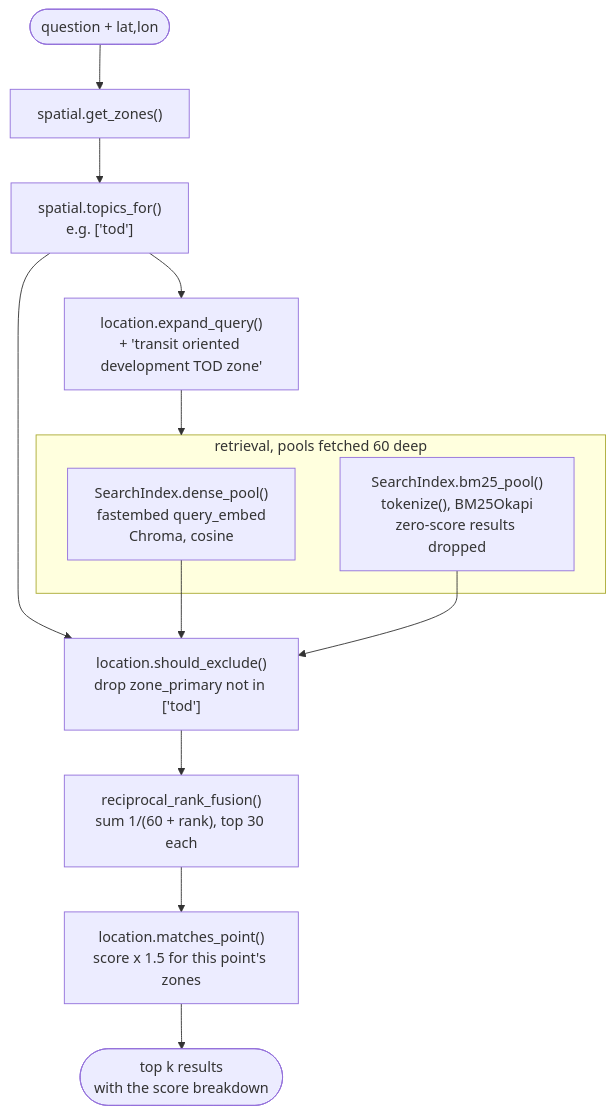
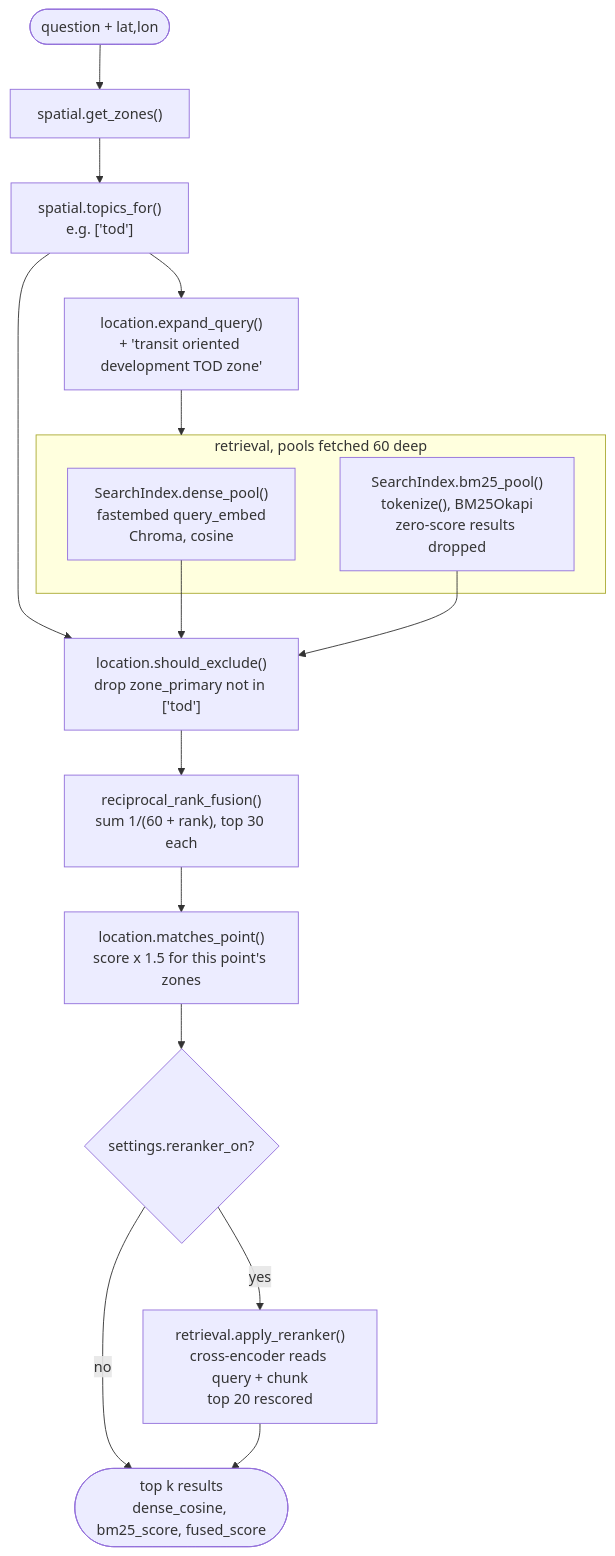
One commit to dhruv-ship-it/delhi-plan-rag changed the third of 7 diagrams in docs/ARCHITECTURE.md. Above: the diagram before and after it, drawn with Mermaid. The commit also changed other lines of this file and 5 other files, not shown here.

First line of the commit message:
night3-stage8: README, architecture, the v3 query report and the run report

````diff
--- a/docs/ARCHITECTURE.md
+++ b/docs/ARCHITECTURE.md
@@ -92,20 +132,23 @@
 ```mermaid
 flowchart TB
     Q(["question + lat,lon"]) --> ZONES["spatial.get_zones()"]
     ZONES --> TOPICS["spatial.topics_for()<br/>e.g. ['tod']"]
 
     TOPICS --> EXPAND["location.expand_query()<br/>+ 'transit oriented development TOD zone'"]
     EXPAND --> POOLS
 
     subgraph POOLS["retrieval, pools fetched 60 deep"]
         DP["SearchIndex.dense_pool()<br/>fastembed query_embed<br/>Chroma, cosine"]
         BP["SearchIndex.bm25_pool()<br/>tokenize(), BM25Okapi<br/>zero-score results dropped"]
     end
 
     TOPICS --> EXCL["location.should_exclude()<br/>drop zone_primary not in ['tod']"]
     DP --> EXCL
     BP --> EXCL
     EXCL --> FUSE["reciprocal_rank_fusion()<br/>sum 1/(60 + rank), top 30 each"]
     FUSE --> BOOST["location.matches_point()<br/>score x 1.5 for this point's zones"]
-    BOOST --> TOPK(["top k results<br/>with the score breakdown"])
+    BOOST --> RR{"settings.reranker_on?"}
+    RR -->|no| TOPK(["top k results<br/>dense_cosine, bm25_score, fused_score"])
+    RR -->|yes| CROSS["retrieval.apply_reranker()<br/>cross-encoder reads query + chunk<br/>top 20 rescored"]
+    CROSS --> TOPK
 ```
````
